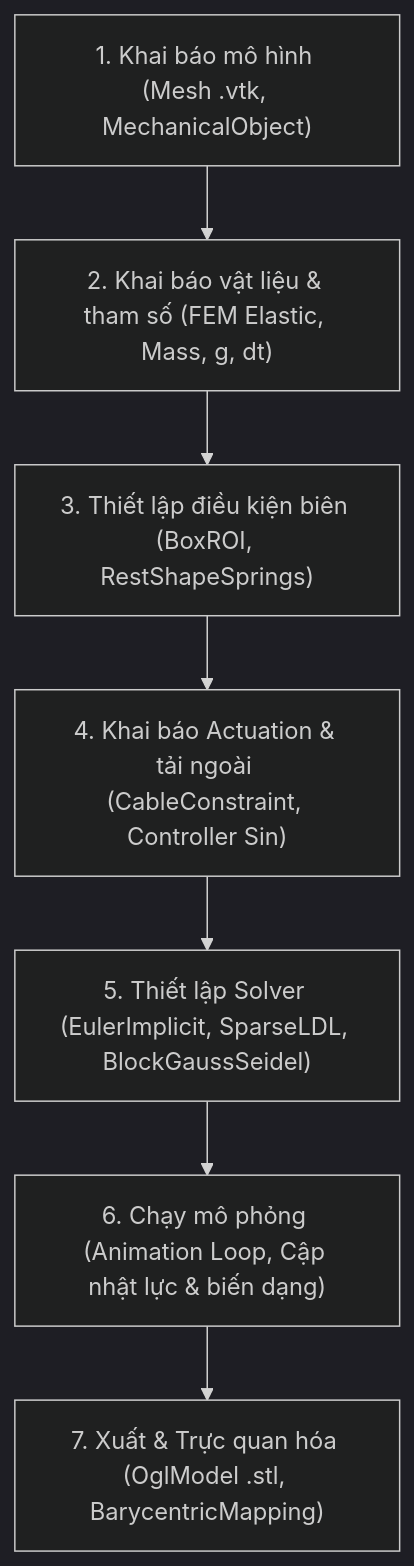
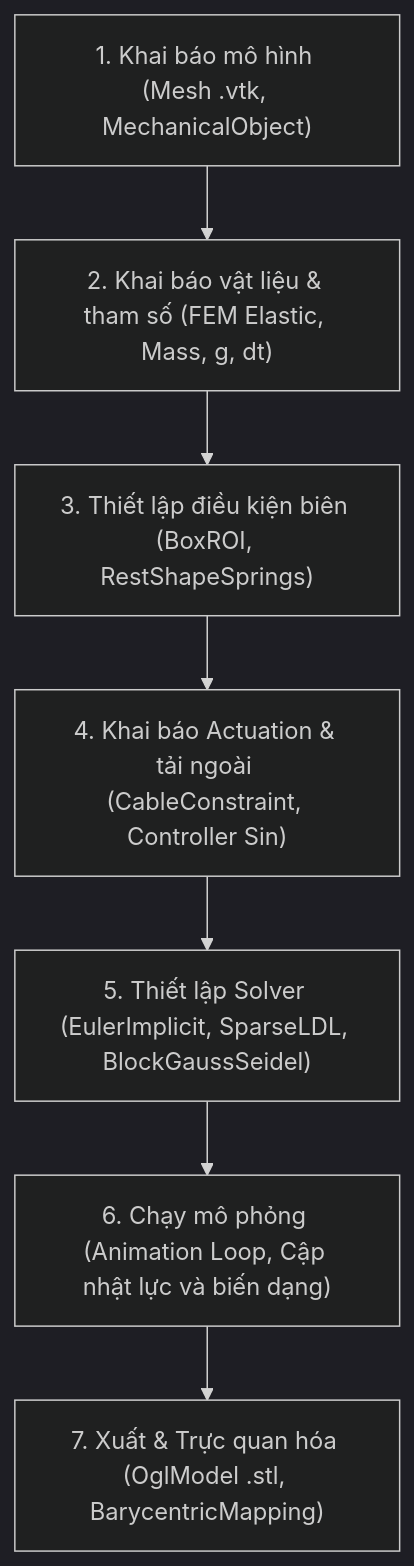
One commit to KHA1386/SOFA-cable-controlled-finger-Khuat-Hung-Anh changed the diagram in README.md. Above: the diagram before and after it, drawn with Mermaid (dark theme).

````diff
--- a/README.md
+++ b/README.md
@@ -127,9 +127,9 @@
 ```mermaid
 flowchart TD
     A["1. Khai báo mô hình (Mesh .vtk, MechanicalObject)"] --> B["2. Khai báo vật liệu & tham số (FEM Elastic, Mass, g, dt)"]
     B --> C["3. Thiết lập điều kiện biên (BoxROI, RestShapeSprings)"]
     C --> D["4. Khai báo Actuation & tải ngoài (CableConstraint, Controller Sin)"]
     D --> E["5. Thiết lập Solver (EulerImplicit, SparseLDL, BlockGaussSeidel)"]
-    E --> F["6. Chạy mô phỏng (Animation Loop, Cập nhật lực & biến dạng)"]
+    E --> F["6. Chạy mô phỏng (Animation Loop, Cập nhật lực và biến dạng)"]
     F --> G["7. Xuất & Trực quan hóa (OglModel .stl, BarycentricMapping)"]
 ```
````
